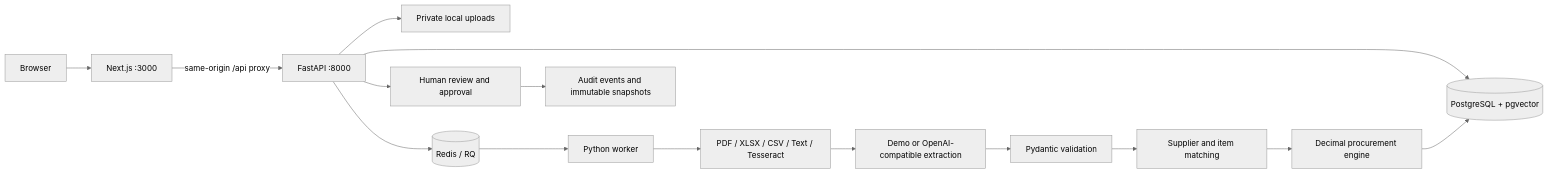
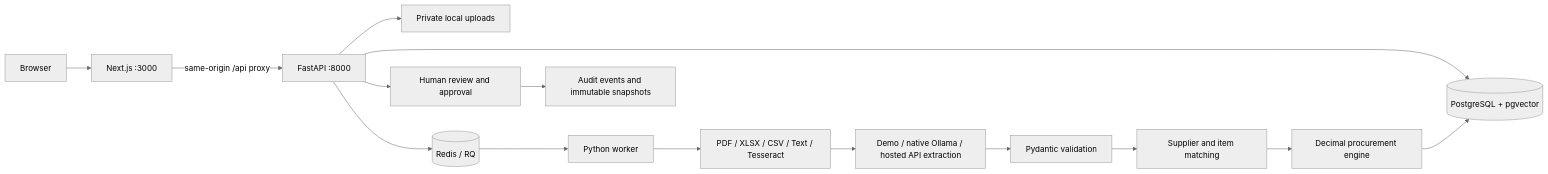
The diagram in README.md (Shreevikas-BJ/accord-procurement-ai), drawn with Mermaid (neutral theme) before and after one commit. The commit also changed other lines of this file and 31 other files, not shown here.

````diff
--- a/README.md
+++ b/README.md
@@ -79,17 +79,17 @@
 ```mermaid
 flowchart LR
     Browser --> Web[Next.js :3000]
     Web -->|same-origin /api proxy| API[FastAPI :8000]
     API --> DB[(PostgreSQL + pgvector)]
     API --> Files[Private local uploads]
     API --> Redis[(Redis / RQ)]
     Redis --> Worker[Python worker]
     Worker --> Parsers[PDF / XLSX / CSV / Text / Tesseract]
-    Parsers --> Provider[Demo or OpenAI-compatible extraction]
+    Parsers --> Provider[Demo / native Ollama / hosted API extraction]
     Provider --> Validation[Pydantic validation]
     Validation --> Matching[Supplier and item matching]
     Matching --> Engine[Decimal procurement engine]
     Engine --> DB
     API --> Review[Human review and approval]
     Review --> Audit[Audit events and immutable snapshots]
 ```
````
